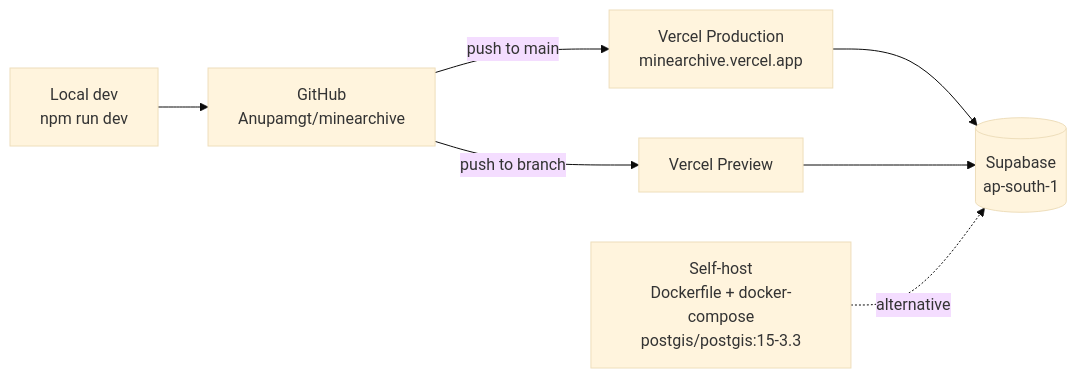
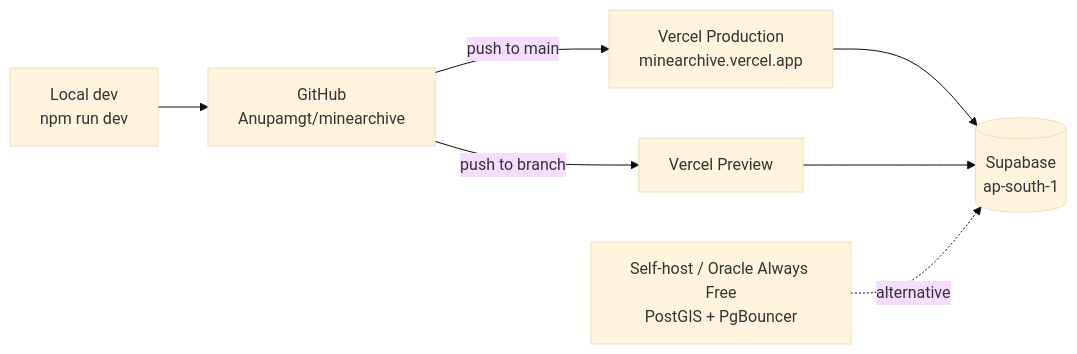
Before and after one commit to Anupamgt/minearchive: the sixth of 6 diagrams in docs/system-design.md, drawn with Mermaid (base theme). The commit also changed other lines of this file and 8 other files, not shown here.

First line of the commit message:
docs: add Oracle Cloud Always Free PostGIS setup

````diff
--- a/docs/system-design.md
+++ b/docs/system-design.md
@@ -272,9 +272,9 @@
 ```mermaid
 graph LR
     DEV["Local dev<br/>npm run dev"] --> GH["GitHub<br/>Anupamgt/minearchive"]
     GH -->|push to main| PROD["Vercel Production<br/>minearchive.vercel.app"]
     GH -->|push to branch| PREV["Vercel Preview"]
     PROD --> SUPA[("Supabase<br/>ap-south-1")]
     PREV --> SUPA
-    ALT["Self-host<br/>Dockerfile + docker-compose<br/>postgis/postgis:15-3.3"] -.->|alternative| SUPA
+    ALT["Self-host / Oracle Always Free<br/>PostGIS + PgBouncer"] -.->|alternative| SUPA
 ```
````
